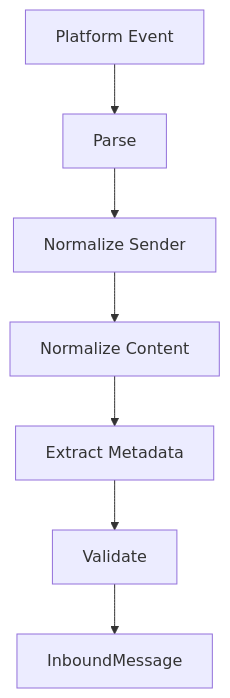
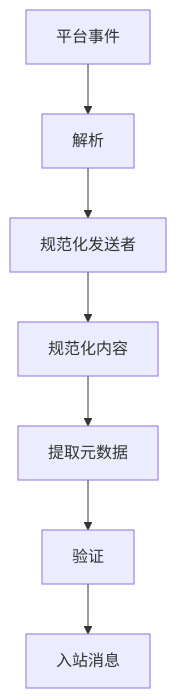
The diagram in docs/zh/architecture-book/part-5-channels/03-inbound-events.md (a576378368/openclaw_docs), drawn with Mermaid before and after one commit. The commit also changed other lines of this file and 13 other files, not shown here.

````diff
--- a/docs/zh/architecture-book/part-5-channels/03-inbound-events.md
+++ b/docs/zh/architecture-book/part-5-channels/03-inbound-events.md
@@ -17,9 +17,9 @@
 ```mermaid
 flowchart TB
-    A[Platform Event] --> B[Parse]
-    B --> C[Normalize Sender]
-    C --> D[Normalize Content]
-    D --> E[Extract Metadata]
-    E --> F[Validate]
-    F --> G[InboundMessage]
+    A[平台事件] --> B[解析]
+    B --> C[规范化发送者]
+    C --> D[规范化内容]
+    D --> E[提取元数据]
+    E --> F[验证]
+    F --> G[入站消息]
 ```
````
